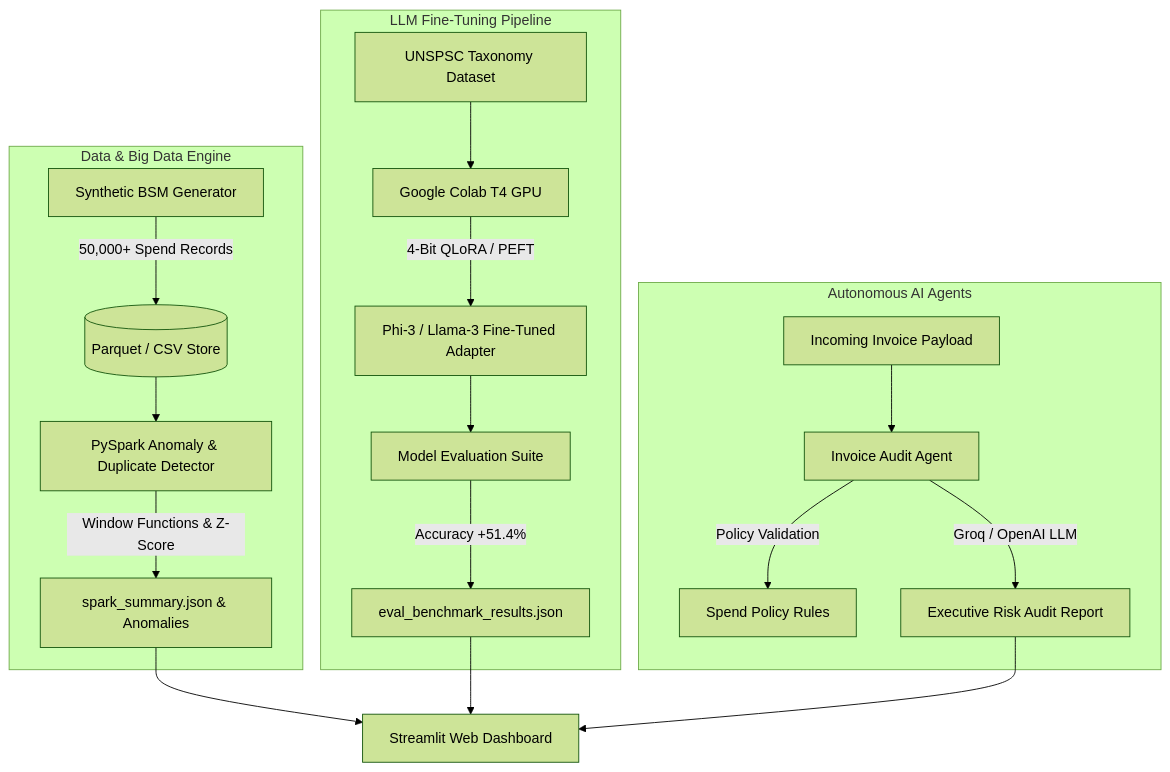
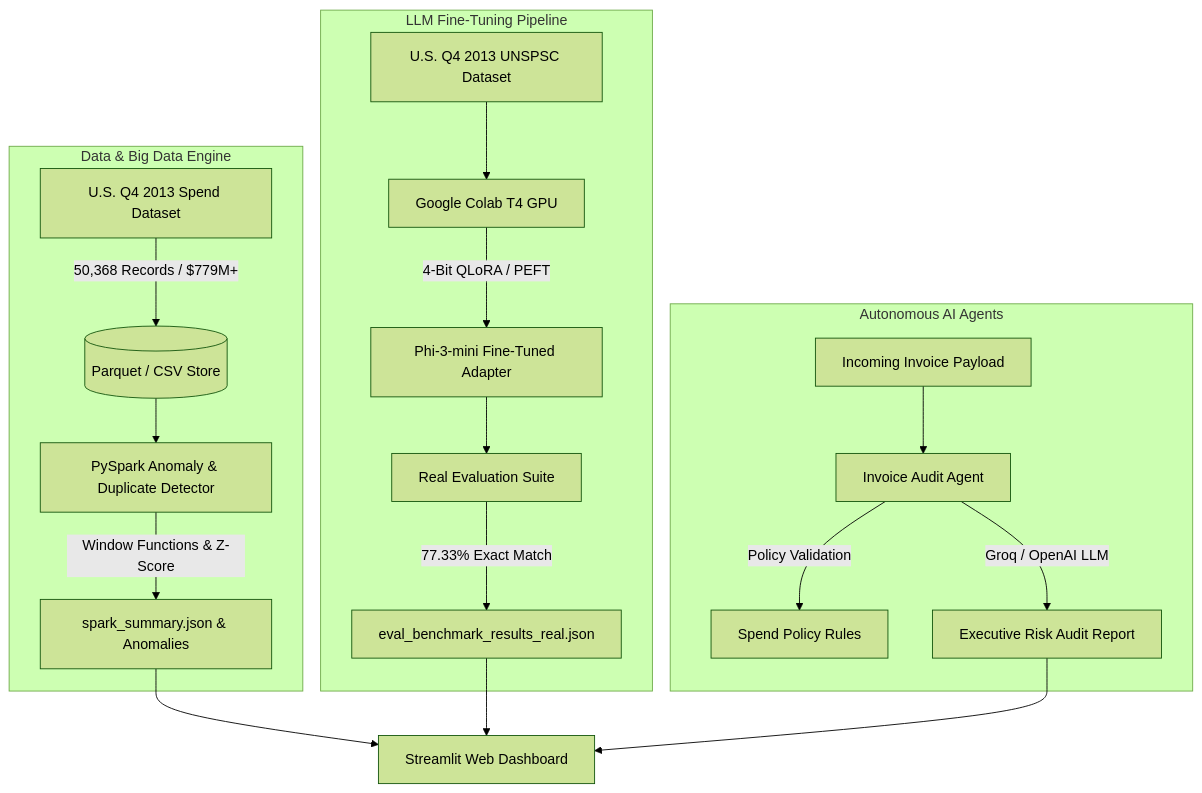
One commit to harsha4p28/SpendAI changed the diagram in README.md. Above: the diagram before and after it, drawn with Mermaid (forest theme). The commit also changed other lines of this file and 1 other file, not shown here.

````diff
--- a/README.md
+++ b/README.md
@@ -11,23 +19,23 @@
 ```mermaid
 flowchart TD
     subgraph Data & Big Data Engine
-        A[Synthetic BSM Generator] -->|50,000+ Spend Records| B[(Parquet / CSV Store)]
+        A[U.S. Q4 2013 Spend Dataset] -->|50,368 Records / $779M+| B[(Parquet / CSV Store)]
         B --> C[PySpark Anomaly & Duplicate Detector]
         C -->|Window Functions & Z-Score| D[spark_summary.json & Anomalies]
     end
 
     subgraph LLM Fine-Tuning Pipeline
-        E[UNSPSC Taxonomy Dataset] --> F[Google Colab T4 GPU]
-        F -->|4-Bit QLoRA / PEFT| G[Phi-3 / Llama-3 Fine-Tuned Adapter]
-        G --> H[Model Evaluation Suite]
-        H -->|Accuracy +51.4%| I[eval_benchmark_results.json]
+        E[U.S. Q4 2013 UNSPSC Dataset] --> F[Google Colab T4 GPU]
+        F -->|4-Bit QLoRA / PEFT| G[Phi-3-mini Fine-Tuned Adapter]
+        G --> H[Real Evaluation Suite]
+        H -->|77.33% Exact Match| I[eval_benchmark_results_real.json]
     end
 
     subgraph Autonomous AI Agents
         J[Incoming Invoice Payload] --> K[Invoice Audit Agent]
         K -->|Policy Validation| L[Spend Policy Rules]
         K -->|Groq / OpenAI LLM| M[Executive Risk Audit Report]
     end
 
     D & I & M --> N[Streamlit Web Dashboard]
 ```
````
